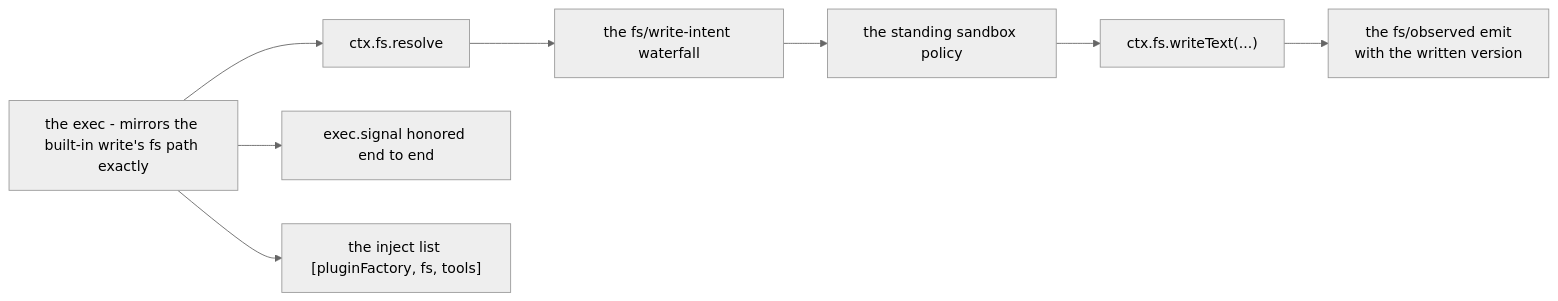
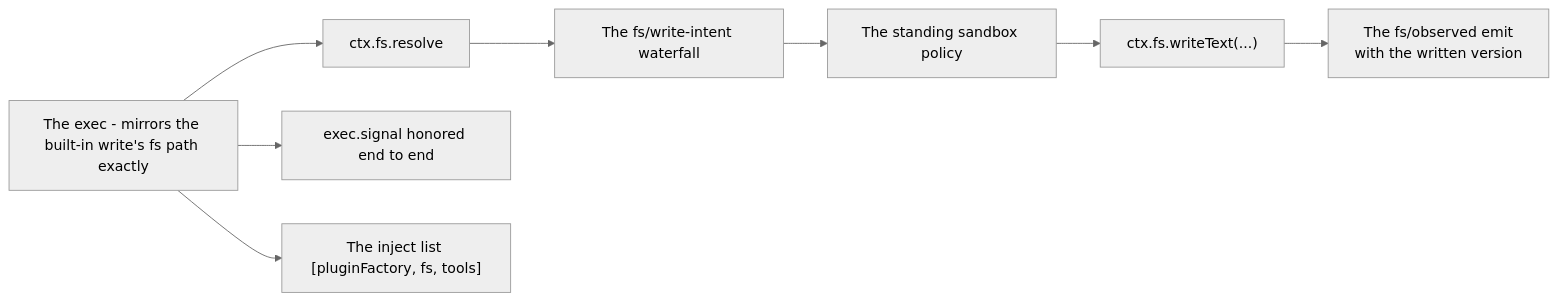
The diagram in Source/Content/Mermaid/dash-fs-path.mmd (PlayForm/Site-DeepSeek), drawn with Mermaid (neutral theme) before and after one commit. The commit also changed 221 other files, not shown here.

```diff
--- a/Source/Content/Mermaid/dash-fs-path.mmd
+++ b/Source/Content/Mermaid/dash-fs-path.mmd
@@ -1,9 +1,9 @@
 flowchart LR
-	EXEC["the exec - mirrors the built-in write's fs path exactly"]
-	R["ctx.fs.resolve"] --> W["the fs/write-intent waterfall"]
-	W --> S["the standing sandbox policy"]
+	EXEC["The exec - mirrors the built-in write's fs path exactly"]
+	R["ctx.fs.resolve"] --> W["The fs/write-intent waterfall"]
+	W --> S["The standing sandbox policy"]
 	S --> WT["ctx.fs.writeText(...)"]
-	WT --> E["the fs/observed emit<br/>with the written version"]
+	WT --> E["The fs/observed emit<br/>with the written version"]
 	EXEC --> R
 	EXEC --> SIG["exec.signal honored end to end"]
-	EXEC --> INJ["the inject list [pluginFactory, fs, tools]"]
+	EXEC --> INJ["The inject list [pluginFactory, fs, tools]"]
```
